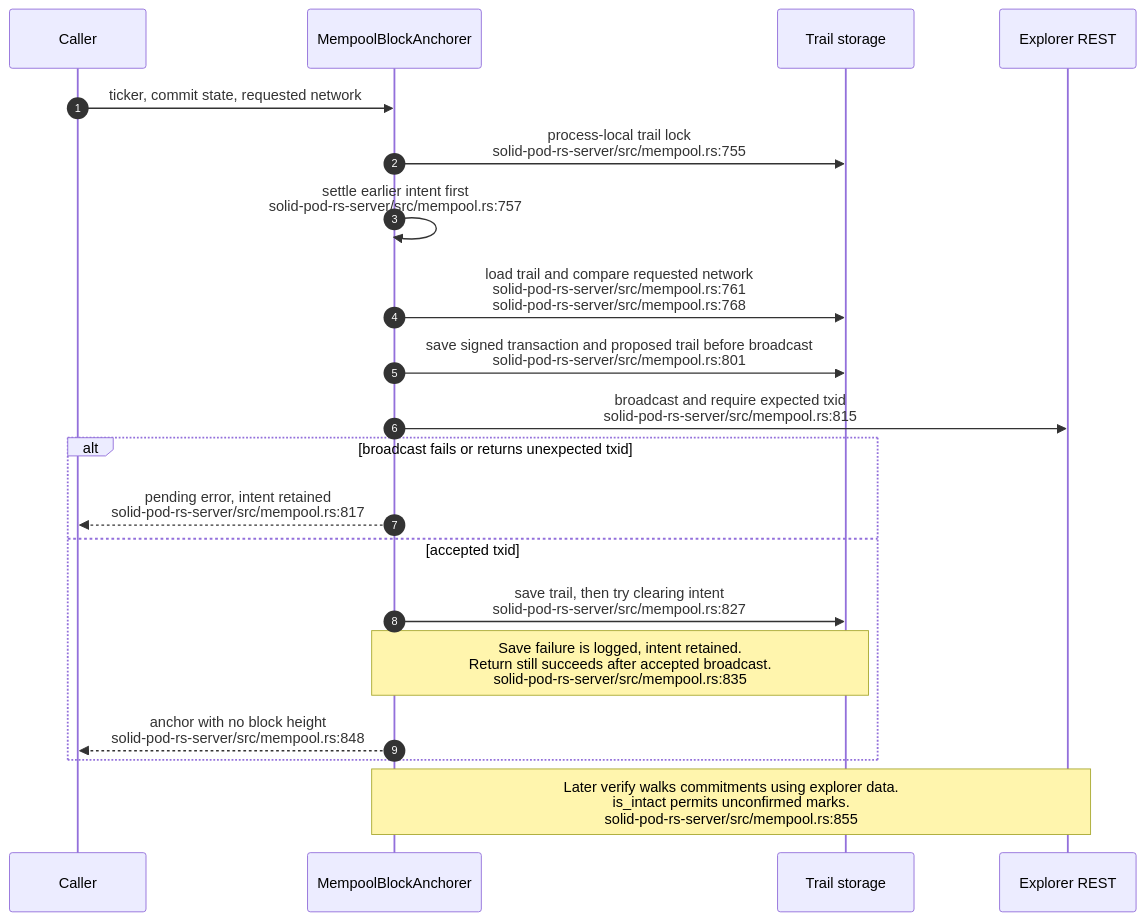
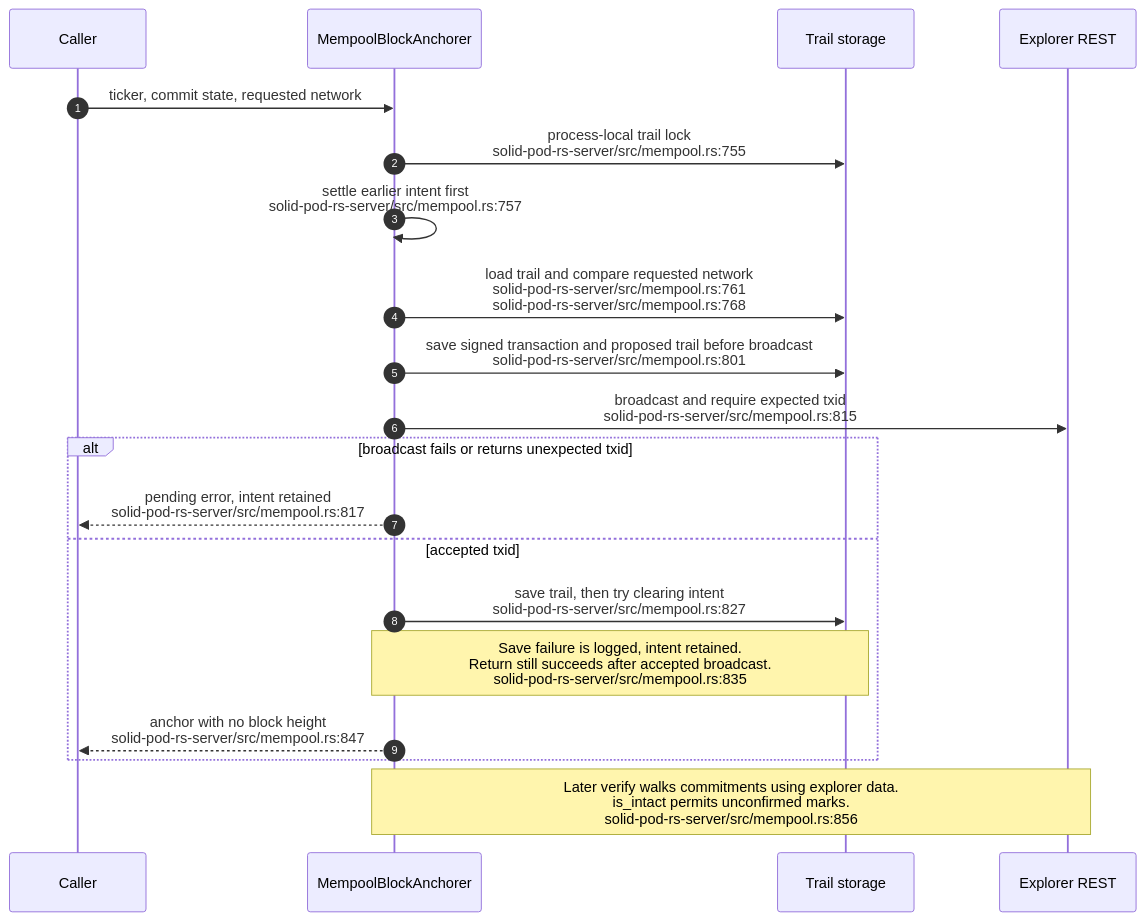
Diagram 11 of 19 in docs/diagrams/solid-pod-rs/07-provenance-and-payments.md (DreamLab-AI/VisionFlow), drawn with Mermaid before and after one commit. The commit also changed other lines of this file and 47 other files, not shown here.

````diff
--- a/docs/diagrams/solid-pod-rs/07-provenance-and-payments.md
+++ b/docs/diagrams/solid-pod-rs/07-provenance-and-payments.md
@@ -312,22 +317,22 @@
 ```mermaid
 sequenceDiagram
     autonumber
     participant P as Caller
     participant A as MempoolBlockAnchorer
     participant S as Trail storage
     participant M as Explorer REST
     P->>A: ticker, commit state, requested network
     A->>S: process-local trail lock<br/>solid-pod-rs-server/src/mempool.rs:755
     A->>A: settle earlier intent first<br/>solid-pod-rs-server/src/mempool.rs:757
     A->>S: load trail and compare requested network<br/>solid-pod-rs-server/src/mempool.rs:761<br/>solid-pod-rs-server/src/mempool.rs:768
     A->>S: save signed transaction and proposed trail before broadcast<br/>solid-pod-rs-server/src/mempool.rs:801
     A->>M: broadcast and require expected txid<br/>solid-pod-rs-server/src/mempool.rs:815
     alt broadcast fails or returns unexpected txid
         A-->>P: pending error, intent retained<br/>solid-pod-rs-server/src/mempool.rs:817
     else accepted txid
         A->>S: save trail, then try clearing intent<br/>solid-pod-rs-server/src/mempool.rs:827
         Note over A,S: Save failure is logged, intent retained.<br/>Return still succeeds after accepted broadcast.<br/>solid-pod-rs-server/src/mempool.rs:835
-        A-->>P: anchor with no block height<br/>solid-pod-rs-server/src/mempool.rs:848
+        A-->>P: anchor with no block height<br/>solid-pod-rs-server/src/mempool.rs:847
     end
-    Note over A,M: Later verify walks commitments using explorer data.<br/>is_intact permits unconfirmed marks.<br/>solid-pod-rs-server/src/mempool.rs:855
+    Note over A,M: Later verify walks commitments using explorer data.<br/>is_intact permits unconfirmed marks.<br/>solid-pod-rs-server/src/mempool.rs:856
 ```
````
